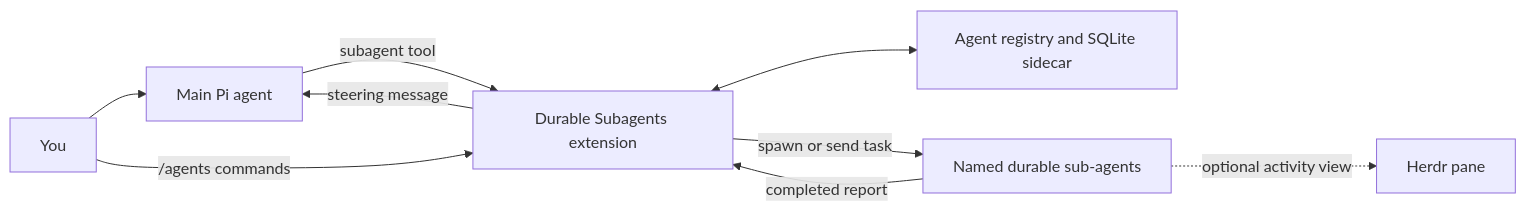
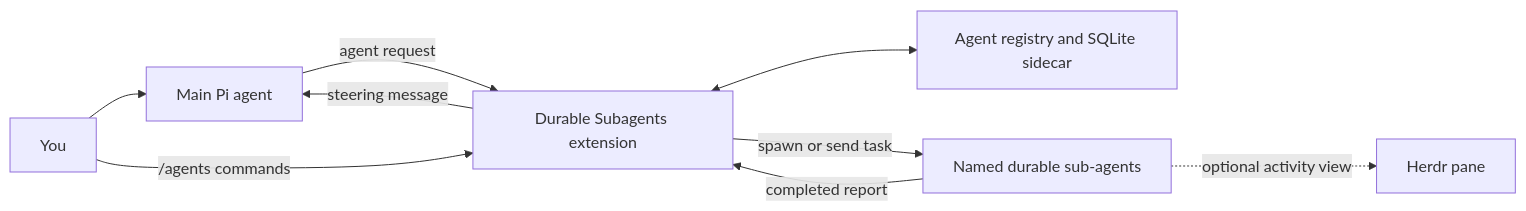
The diagram in README.md (ghita/durable-subagents-pi-extension), drawn with Mermaid before and after one commit. The commit also changed other lines of this file and 4 other files, not shown here.

````diff
--- a/README.md
+++ b/README.md
@@ -25,11 +25,11 @@
 ```mermaid
 flowchart LR
     User[You] --> Main[Main Pi agent]
-    Main -->|subagent tool| Service[Durable Subagents extension]
+    Main -->|agent request| Service[Durable Subagents extension]
     User -->|/agents commands| Service
     Service <--> Registry[Agent registry and SQLite sidecar]
     Service -->|spawn or send task| Child[Named durable sub-agents]
     Child -->|completed report| Service
     Service -->|steering message| Main
     Child -. optional activity view .-> Herdr[Herdr pane]
 ```
````
